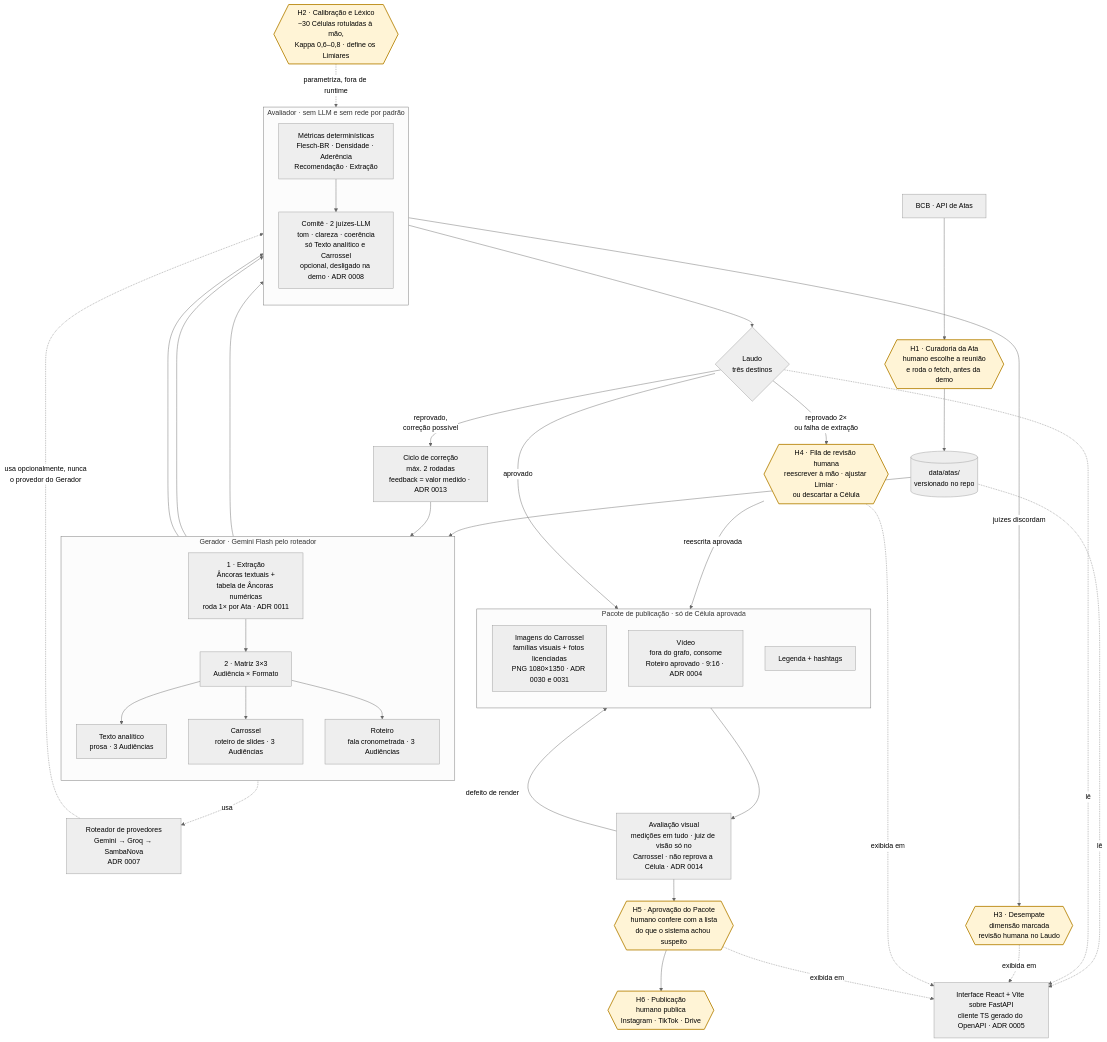
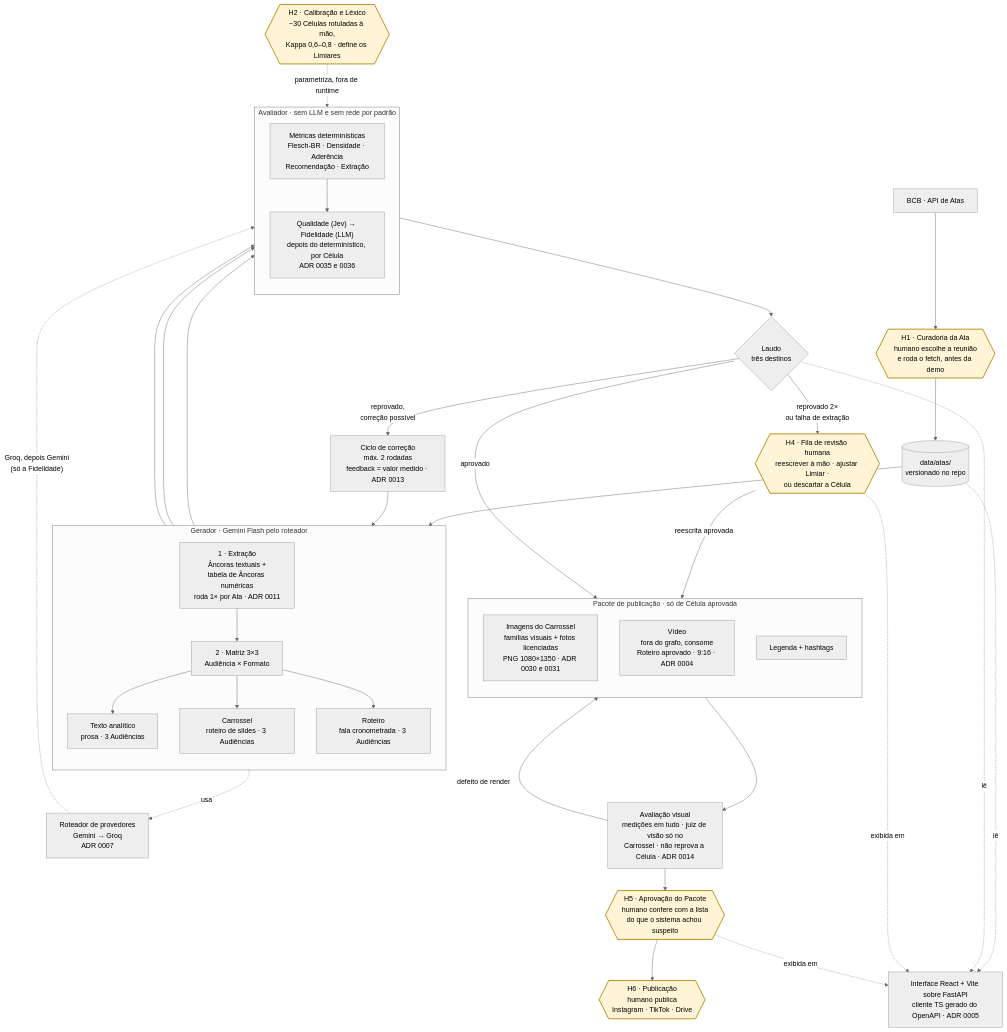
One commit to Lucas-Andrade-Silva/caseSunoAcademyFinance changed the diagram in docs/ARQUITETURA.md. Above: the diagram before and after it, drawn with Mermaid (neutral theme). The commit also changed other lines of this file and 84 other files, not shown here.

First line of the commit message:
feat(avaliador,provedores): Jev, checador de fidelidade, limite de requisições e configurações do sistema

````diff
--- a/docs/ARQUITETURA.md
+++ b/docs/ARQUITETURA.md
@@ -68,78 +68,75 @@
 ```mermaid
 flowchart TD
     BCB["BCB · API de Atas"]
     H1{{"H1 · Curadoria da Ata<br/>humano escolhe a reunião<br/>e roda o fetch, antes da demo"}}
     ATAS[("data/atas/<br/>versionado no repo")]
     BCB --> H1 --> ATAS
 
     ATAS --> EXT
 
     subgraph G["Gerador · Gemini Flash pelo roteador"]
         direction TB
         EXT["1 · Extração<br/>Âncoras textuais +<br/>tabela de Âncoras numéricas<br/>roda 1× por Ata · ADR 0011"]
         MATRIZ["2 · Matriz 3×3<br/>Audiência × Formato"]
         TXT["Texto analítico<br/>prosa · 3 Audiências"]
         CAR["Carrossel<br/>roteiro de slides · 3 Audiências"]
         ROT["Roteiro<br/>fala cronometrada · 3 Audiências"]
         EXT --> MATRIZ
         MATRIZ --> TXT
         MATRIZ --> CAR
         MATRIZ --> ROT
     end
 
-    ROUTER["Roteador de provedores<br/>Gemini → Groq → SambaNova<br/>ADR 0007"]
+    ROUTER["Roteador de provedores<br/>Gemini → Groq<br/>ADR 0007"]
     G -. usa .-> ROUTER
 
     TXT --> A
     CAR --> A
     ROT --> A
 
     H2{{"H2 · Calibração e Léxico<br/>~30 Células rotuladas à mão,<br/>Kappa 0,6–0,8 · define os Limiares"}}
     H2 -.->|"parametriza, fora de runtime"| A
 
     subgraph A["Avaliador · sem LLM e sem rede por padrão"]
         direction TB
         DET["Métricas determinísticas<br/>Flesch-BR · Densidade · Aderência<br/>Recomendação · Extração"]
-        JUIZ["Comitê · 2 juízes-LLM<br/>tom · clareza · coerência<br/>só Texto analítico e Carrossel<br/>opcional, desligado na demo · ADR 0008"]
+        JUIZ["Qualidade (Jev) → Fidelidade (LLM)<br/>depois do determinístico, por Célula<br/>ADR 0035 e 0036"]
         DET --> JUIZ
     end
 
-    ROUTER -.->|"usa opcionalmente, nunca<br/>o provedor do Gerador"| JUIZ
-    JUIZ -->|"juízes discordam"| H3
-    H3{{"H3 · Desempate<br/>dimensão marcada<br/>revisão humana no Laudo"}}
+    ROUTER -.->|"Groq, depois Gemini<br/>(só a Fidelidade)"| JUIZ
 
     A --> LAUDO{"Laudo<br/>três destinos"}
 
     LAUDO -->|"reprovado,<br/>correção possível"| CICLO["Ciclo de correção<br/>máx. 2 rodadas<br/>feedback = valor medido · ADR 0013"]
     CICLO --> MATRIZ
 
     LAUDO -->|"reprovado 2×<br/>ou falha de extração"| H4
     H4{{"H4 · Fila de revisão humana<br/>reescrever à mão · ajustar Limiar ·<br/>ou descartar a Célula"}}
     H4 -->|"reescrita aprovada"| P
 
     LAUDO -->|"aprovado"| P
 
     subgraph P["Pacote de publicação · só de Célula aprovada"]
         direction TB
         IMG["Imagens do Carrossel<br/>famílias visuais + fotos licenciadas<br/>PNG 1080×1350 · ADR 0030 e 0031"]
         VIDEO["Vídeo<br/>fora do grafo, consome<br/>Roteiro aprovado · 9:16 · ADR 0004"]
         LEG["Legenda + hashtags"]
     end
 
     VIS["Avaliação visual<br/>medições em tudo · juiz de visão só no<br/>Carrossel · não reprova a Célula · ADR 0014"]
     P --> VIS
     VIS -->|"defeito de render"| P
     H5{{"H5 · Aprovação do Pacote<br/>humano confere com a lista<br/>do que o sistema achou suspeito"}}
     VIS --> H5
     H5 --> H6{{"H6 · Publicação<br/>humano publica<br/>Instagram · TikTok · Drive"}}
 
     UI["Interface React + Vite sobre FastAPI<br/>cliente TS gerado do OpenAPI · ADR 0005"]
     ATAS -. lê .-> UI
     LAUDO -. lê .-> UI
-    H3 -. exibida em .-> UI
     H4 -. exibida em .-> UI
     H5 -. exibida em .-> UI
 
     classDef humano fill:#fff4d6,stroke:#b8860b,stroke-width:2px,color:#000
-    class H1,H2,H3,H4,H5,H6 humano
+    class H1,H2,H4,H5,H6 humano
 ```
````
